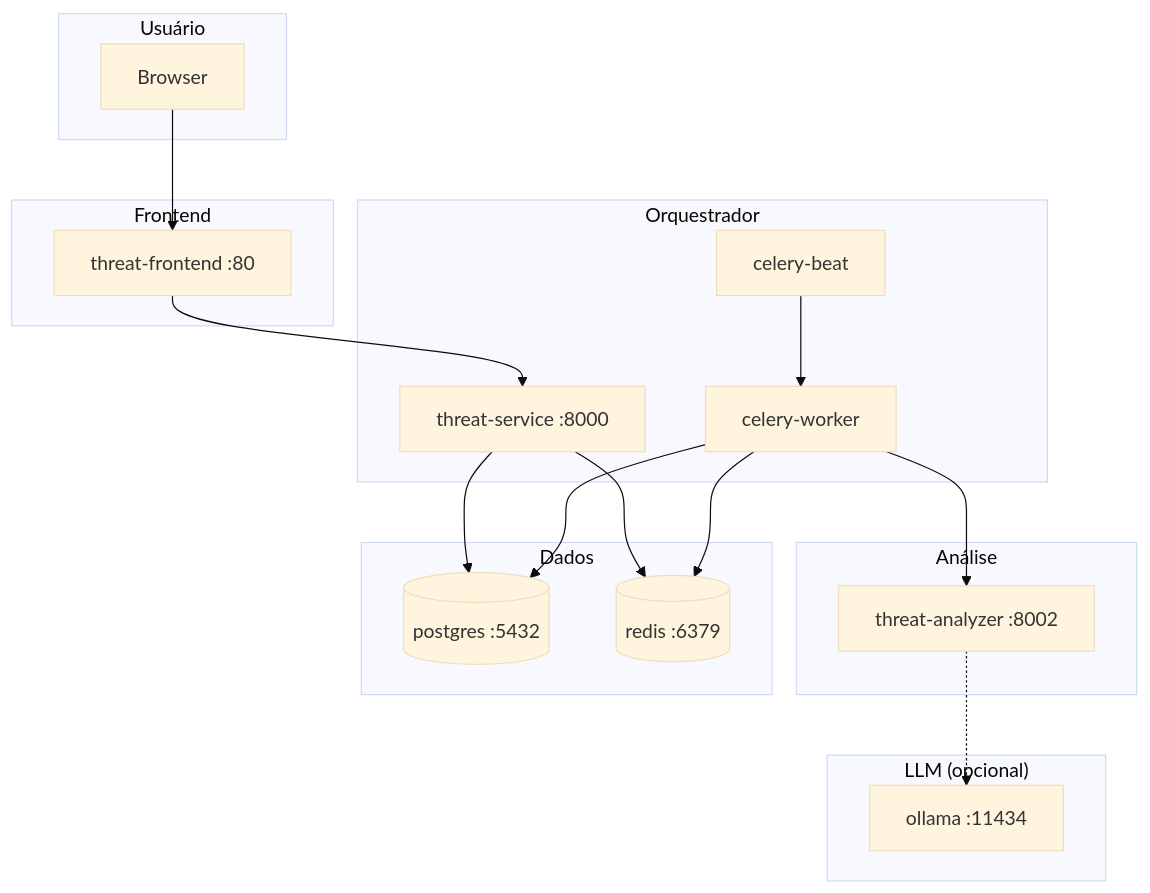
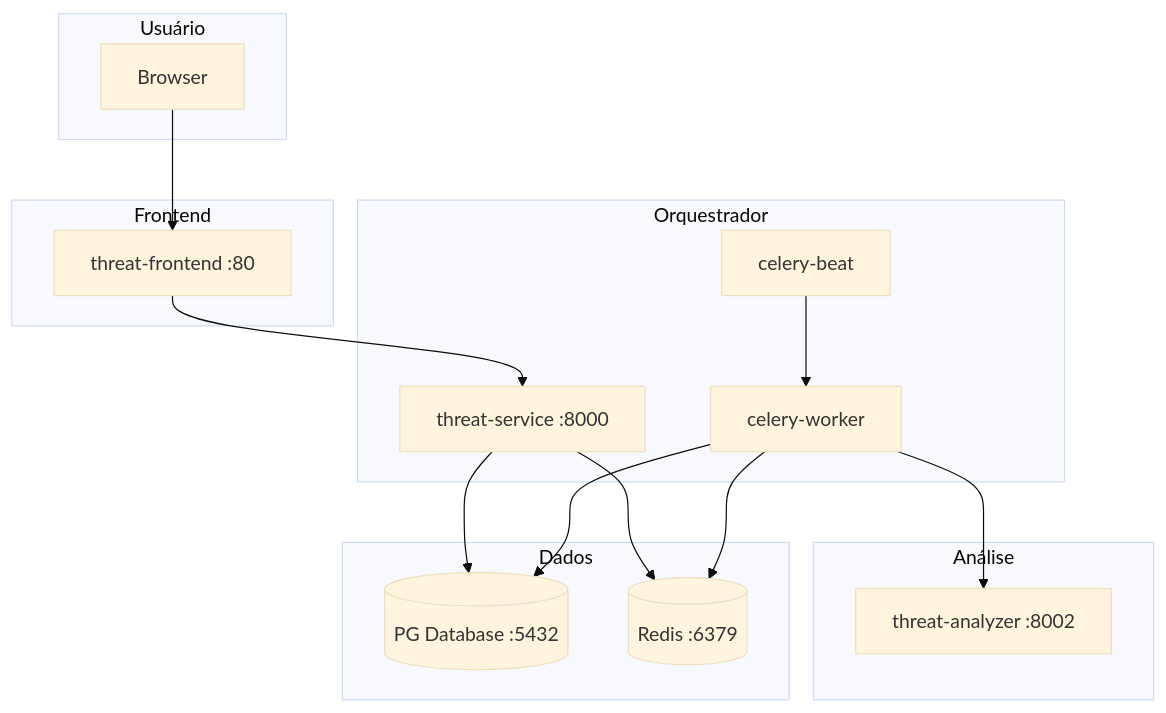
One commit to carlos2031/threat-modeling-ai changed the diagram in README.md. Above: the diagram before and after it, drawn with Mermaid (base theme). The commit also changed other lines of this file and 12 other files, not shown here.

````diff
--- a/README.md
+++ b/README.md
@@ -43,39 +97,34 @@
 ```mermaid
 flowchart TB
   subgraph User["Usuário"]
     Browser[Browser]
   end
 
   subgraph Frontend["Frontend"]
     FE[threat-frontend :80]
   end
 
   subgraph Orchestrator["Orquestrador"]
     API[threat-service :8000]
     CW[celery-worker]
     CB[celery-beat]
   end
 
   subgraph Analyzer["Análise"]
     TA[threat-analyzer :8002]
   end
 
   subgraph Data["Dados"]
-    PG[(postgres :5432)]
-    RD[(redis :6379)]
-  end
-
-  subgraph LLM["LLM (opcional)"]
-    Ollama[ollama :11434]
+    PG[(PG Database :5432)]
+    RD[(Redis :6379)]
   end
 
   Browser --> FE
   FE --> API
   API --> PG
   API --> RD
   CB --> CW
   CW --> RD
   CW --> PG
   CW --> TA
-  TA -.-> Ollama
 ```
````
